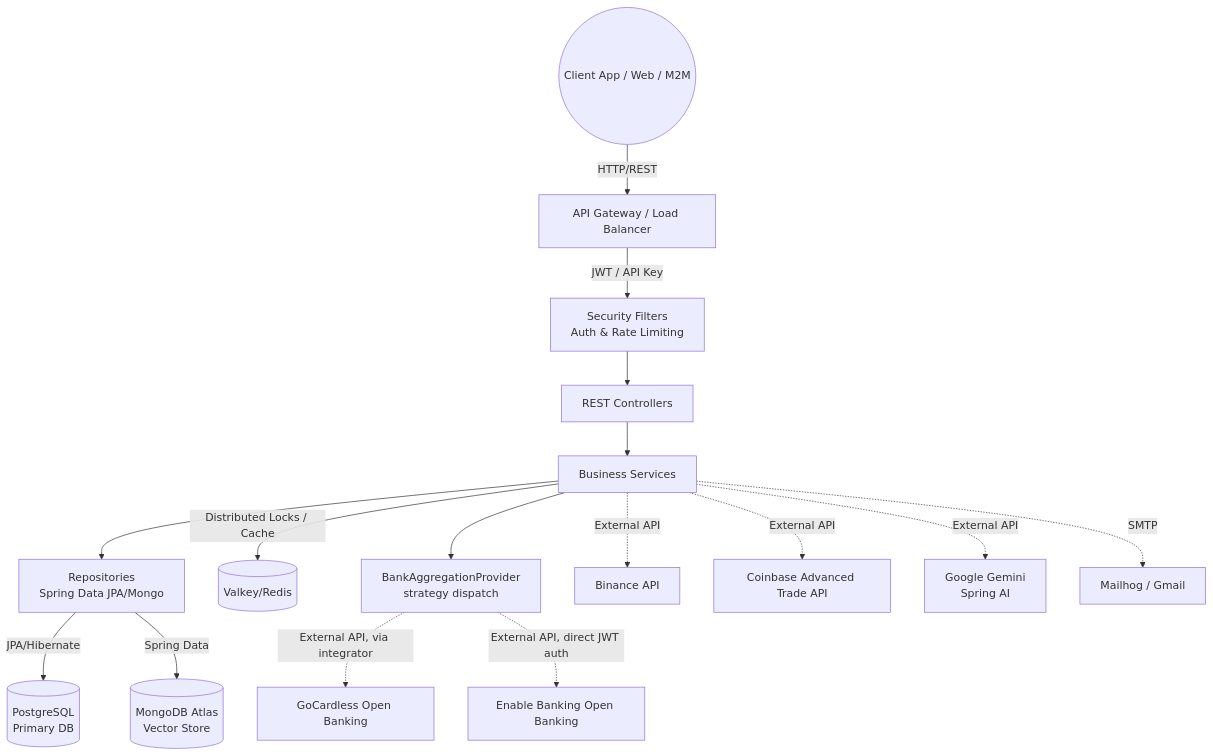
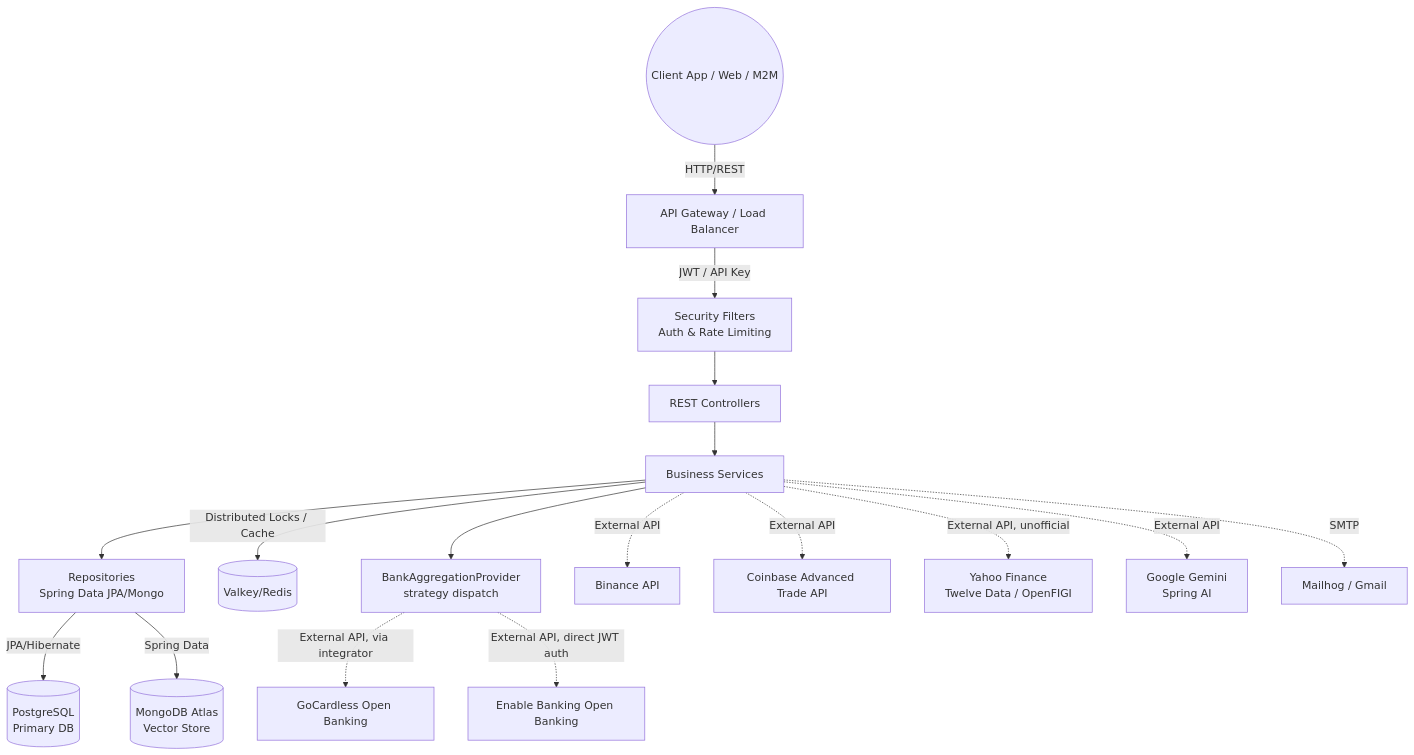
The diagram in docs/ARCHITECTURE.md (nico-iaco/nexabudget-be), drawn with Mermaid before and after one commit. The commit also changed other lines of this file and 5 other files, not shown here.

````diff
--- a/docs/ARCHITECTURE.md
+++ b/docs/ARCHITECTURE.md
@@ -42,23 +43,24 @@
 ```mermaid
 graph TD
     Client((Client App / Web / M2M)) --> |HTTP/REST| API[API Gateway / Load Balancer]
     API --> |JWT / API Key| SecFilter[Security Filters\nAuth & Rate Limiting]
     SecFilter --> Controllers[REST Controllers]
     
     Controllers --> Services[Business Services]
     
     Services --> Repositories[Repositories\nSpring Data JPA/Mongo]
     
     Repositories --> |JPA/Hibernate| PG[(PostgreSQL\nPrimary DB)]
     Repositories --> |Spring Data| Mongo[(MongoDB Atlas\nVector Store)]
     
     Services --> |Distributed Locks / Cache| Redis[(Valkey/Redis)]
     
     Services --> BankStrategy[BankAggregationProvider\nstrategy dispatch]
     BankStrategy -.-> |External API, via integrator| GC[GoCardless Open Banking]
     BankStrategy -.-> |External API, direct JWT auth| EB[Enable Banking Open Banking]
     Services -.-> |External API| Binance[Binance API]
    Services -.-> |External API| Coinbase[Coinbase Advanced Trade API]
+    Services -.-> |External API, unofficial| Yahoo[Yahoo Finance\nTwelve Data / OpenFIGI]
     Services -.-> |External API| Gemini[Google Gemini\nSpring AI]
     Services -.-> |SMTP| Mail[Mailhog / Gmail]
 ```
````
